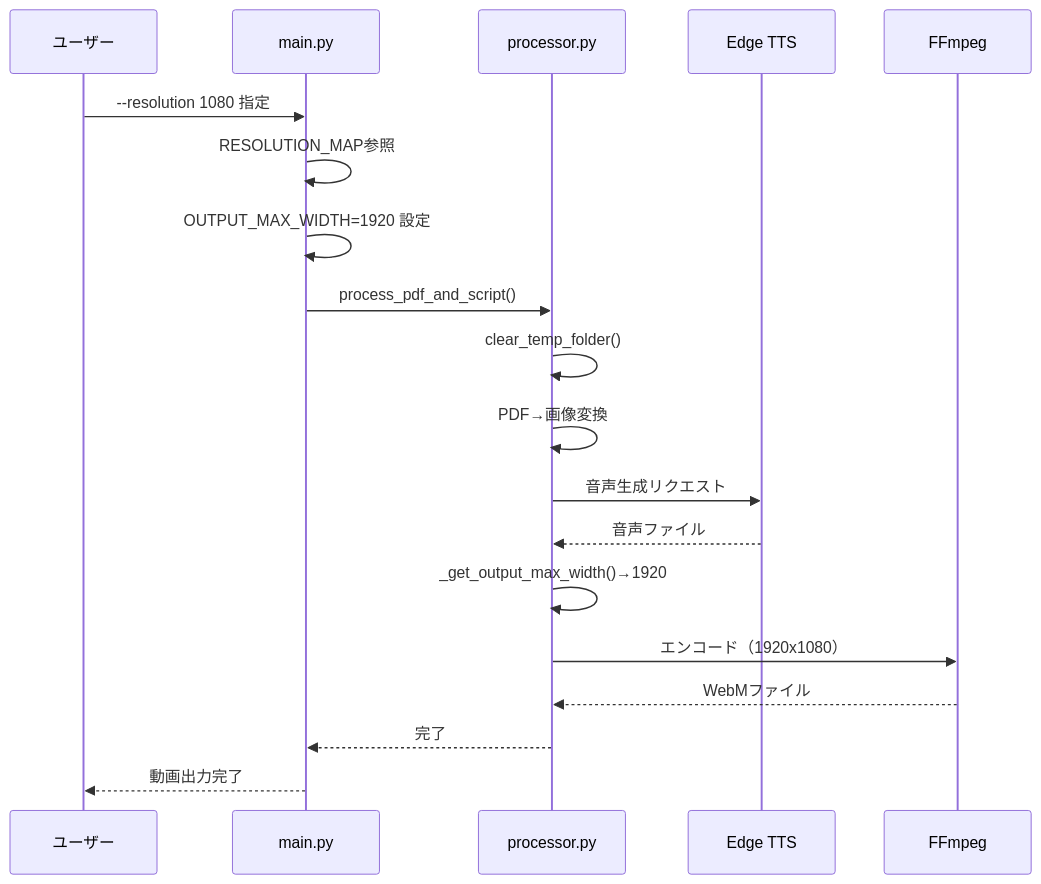
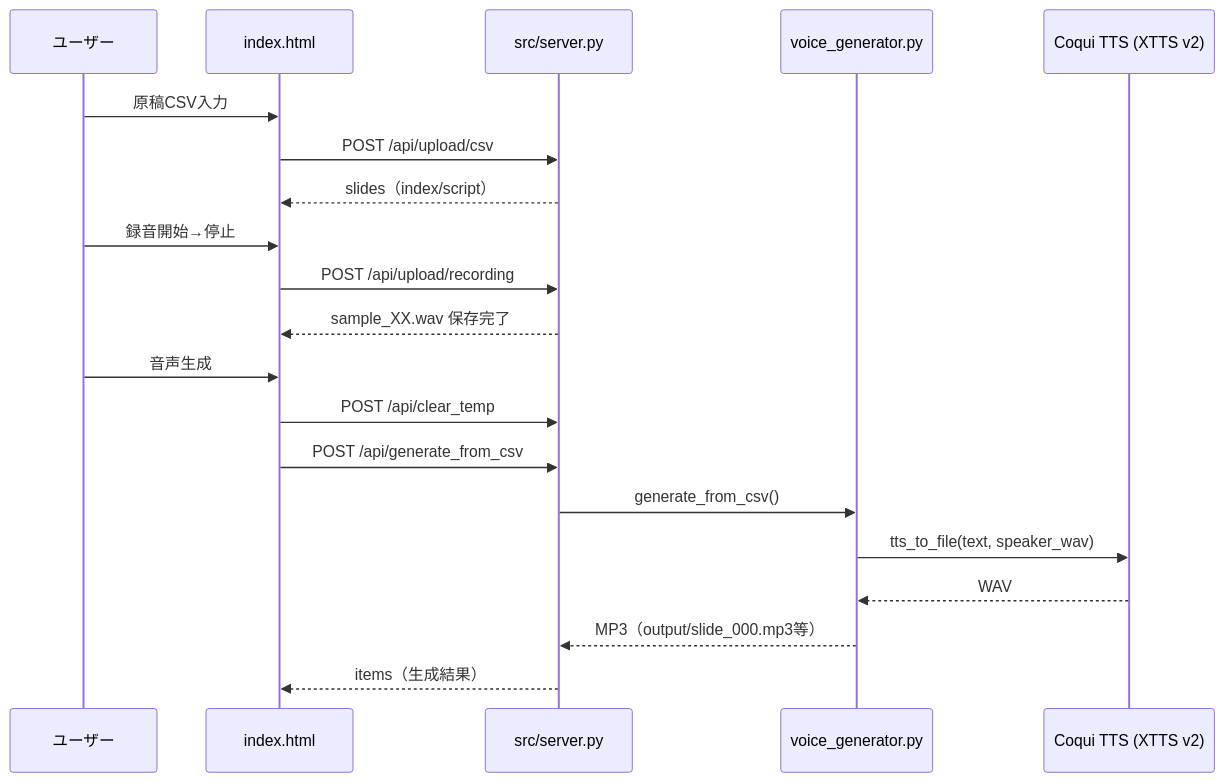
One commit to J1921604/MyVoice-Maker changed the second of 3 diagrams in specs/001-MyVoice-Maker/plan.md. Above: the diagram before and after it, drawn with Mermaid. The commit also changed other lines of this file and 35 other files, not shown here.

````diff
--- a/specs/001-MyVoice-Maker/plan.md
+++ b/specs/001-MyVoice-Maker/plan.md
@@ -144,22 +129,25 @@
 ```mermaid
 sequenceDiagram
     participant User as ユーザー
-    participant Main as main.py
-    participant Proc as processor.py
-    participant TTS as Edge TTS
-    participant FFmpeg as FFmpeg
+    participant UI as index.html
+    participant Server as src/server.py
+    participant VG as voice_generator.py
+    participant TTS as Coqui TTS (XTTS v2)
 
-    User->>Main: --resolution 1080 指定
-    Main->>Main: RESOLUTION_MAP参照
-    Main->>Main: OUTPUT_MAX_WIDTH=1920 設定
-    Main->>Proc: process_pdf_and_script()
-    Proc->>Proc: clear_temp_folder()
-    Proc->>Proc: PDF→画像変換
-    Proc->>TTS: 音声生成リクエスト
-    TTS-->>Proc: 音声ファイル
-    Proc->>Proc: _get_output_max_width()→1920
-    Proc->>FFmpeg: エンコード（1920x1080）
-    FFmpeg-->>Proc: WebMファイル
-    Proc-->>Main: 完了
-    Main-->>User: 動画出力完了
+    User->>UI: 原稿CSV入力
+    UI->>Server: POST /api/upload/csv
+    Server-->>UI: slides（index/script）
+
+    User->>UI: 録音開始→停止
+    UI->>Server: POST /api/upload/recording
+    Server-->>UI: sample_XX.wav 保存完了
+
+    User->>UI: 音声生成
+    UI->>Server: POST /api/clear_temp
+    UI->>Server: POST /api/generate_from_csv
+    Server->>VG: generate_from_csv()
+    VG->>TTS: tts_to_file(text, speaker_wav)
+    TTS-->>VG: WAV
+    VG-->>Server: MP3（output/slide_000.mp3等）
+    Server-->>UI: items（生成結果）
 ```
````
